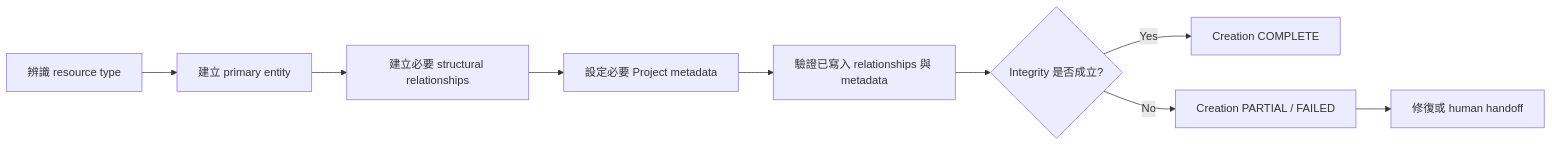
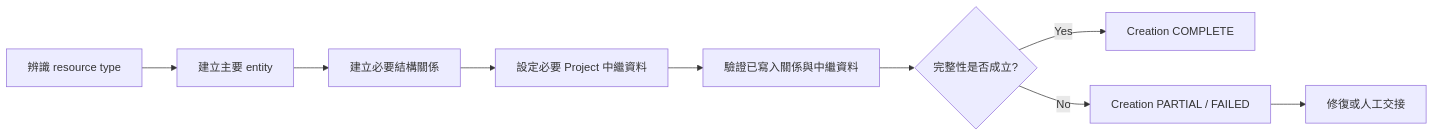
Before and after one commit to AndyHsuTW/agent-project-management: the second of 2 diagrams in docs/core/resource-model.md, drawn with Mermaid. The commit also changed other lines of this file, not shown here.

````diff
--- a/docs/core/resource-model.md
+++ b/docs/core/resource-model.md
@@ -508,16 +510,16 @@
 ```mermaid
 flowchart LR
     A[辨識 resource type]
-    B[建立 primary entity]
-    C[建立必要 structural relationships]
-    D[設定必要 Project metadata]
-    E[驗證已寫入 relationships 與 metadata]
-    F{Integrity 是否成立?}
+    B[建立主要 entity]
+    C[建立必要結構關係]
+    D[設定必要 Project 中繼資料]
+    E[驗證已寫入關係與中繼資料]
+    F{完整性是否成立?}
     G[Creation COMPLETE]
     H[Creation PARTIAL / FAILED]
-    I[修復或 human handoff]
+    I[修復或人工交接]
 
     A --> B --> C --> D --> E --> F
     F -->|Yes| G
     F -->|No| H --> I
 ```
````
